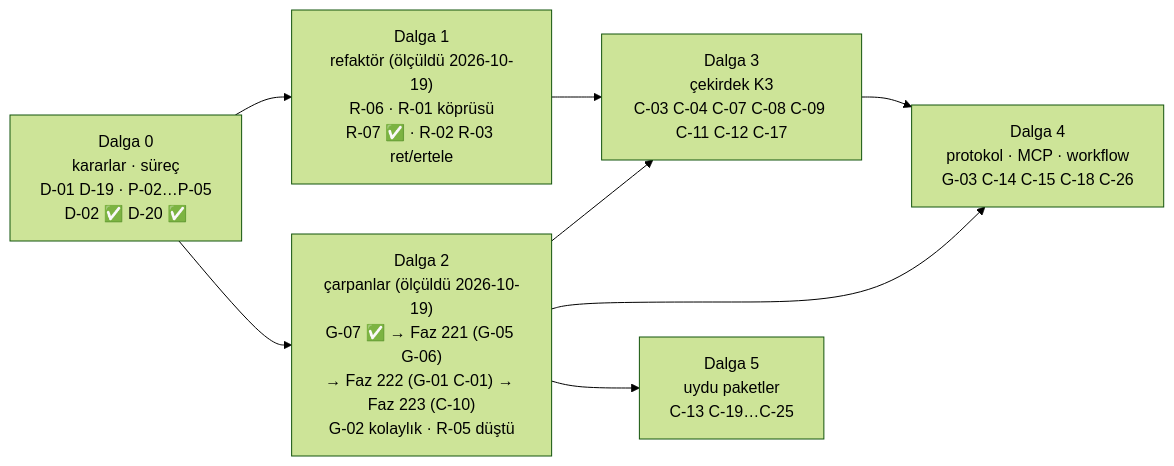
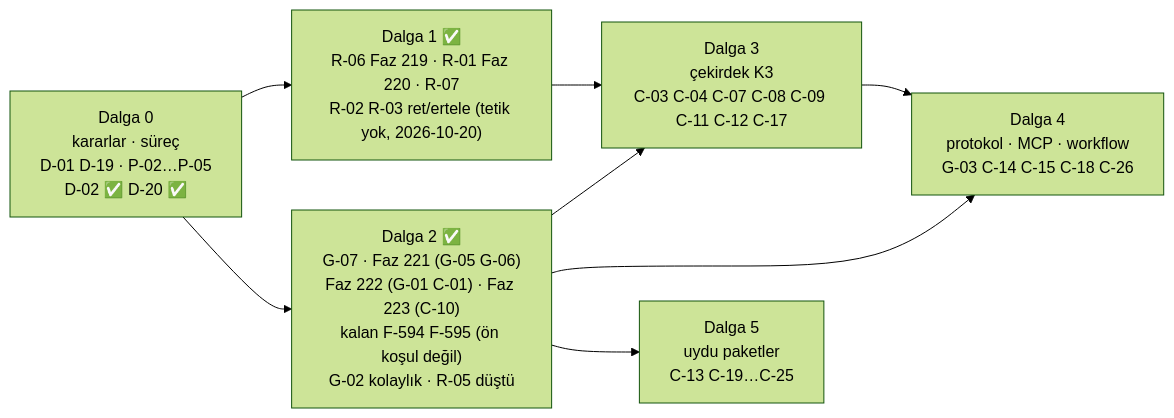
One commit to farukatasoy/Tracon changed the diagram in docs/MAF-KAPSAMA.md. Above: the diagram before and after it, drawn with Mermaid (forest theme). The commit also changed other lines of this file and 14 other files, not shown here.

````diff
--- a/docs/MAF-KAPSAMA.md
+++ b/docs/MAF-KAPSAMA.md
@@ -599,16 +603,16 @@
 ```mermaid
 flowchart LR
     D0["Dalga 0<br/>kararlar · süreç<br/>D-01 D-19 · P-02…P-05<br/>D-02 ✅ D-20 ✅"]
-    D1["Dalga 1<br/>refaktör (ölçüldü 2026-10-19)<br/>R-06 · R-01 köprüsü<br/>R-07 ✅ · R-02 R-03 ret/ertele"]
-    D2["Dalga 2<br/>çarpanlar (ölçüldü 2026-10-19)<br/>G-07 ✅ → Faz 221 (G-05 G-06)<br/>→ Faz 222 (G-01 C-01) → Faz 223 (C-10)<br/>G-02 kolaylık · R-05 düştü"]
+    D1["Dalga 1 ✅<br/>R-06 Faz 219 · R-01 Faz 220 · R-07<br/>R-02 R-03 ret/ertele (tetik yok, 2026-10-20)"]
+    D2["Dalga 2 ✅<br/>G-07 · Faz 221 (G-05 G-06)<br/>Faz 222 (G-01 C-01) · Faz 223 (C-10)<br/>kalan F-594 F-595 (ön koşul değil)<br/>G-02 kolaylık · R-05 düştü"]
     D3["Dalga 3<br/>çekirdek K3<br/>C-03 C-04 C-07 C-08 C-09 C-11 C-12 C-17"]
     D4["Dalga 4<br/>protokol · MCP · workflow<br/>G-03 C-14 C-15 C-18 C-26"]
     D5["Dalga 5<br/>uydu paketler<br/>C-13 C-19…C-25"]
     D0 --> D1
     D0 --> D2
     D1 --> D3
     D2 --> D3
     D2 --> D4
     D3 --> D4
     D2 --> D5
 ```
````
